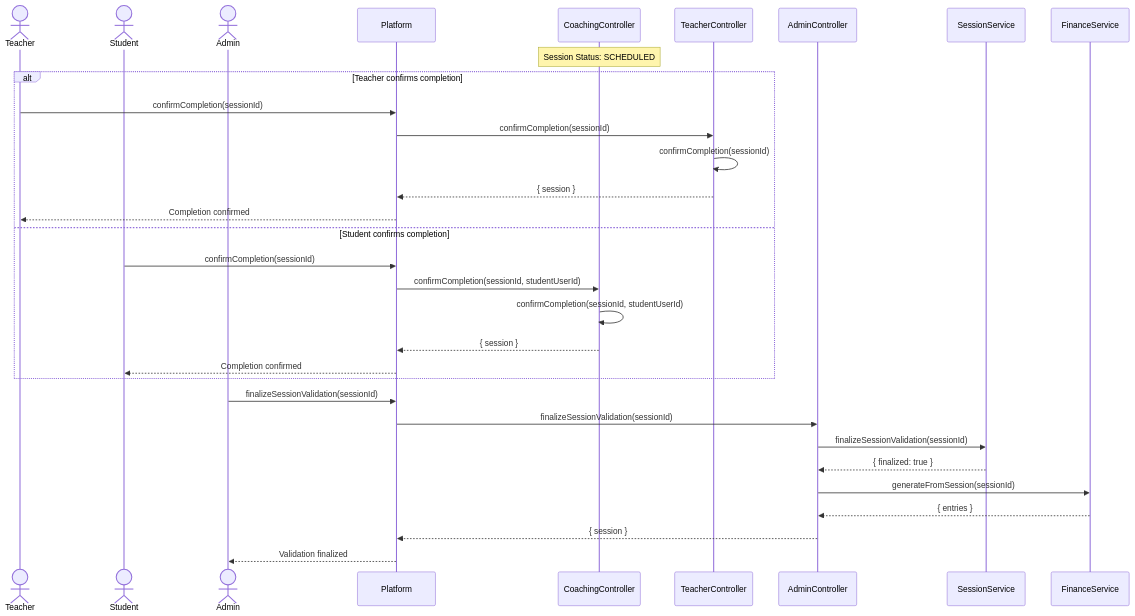
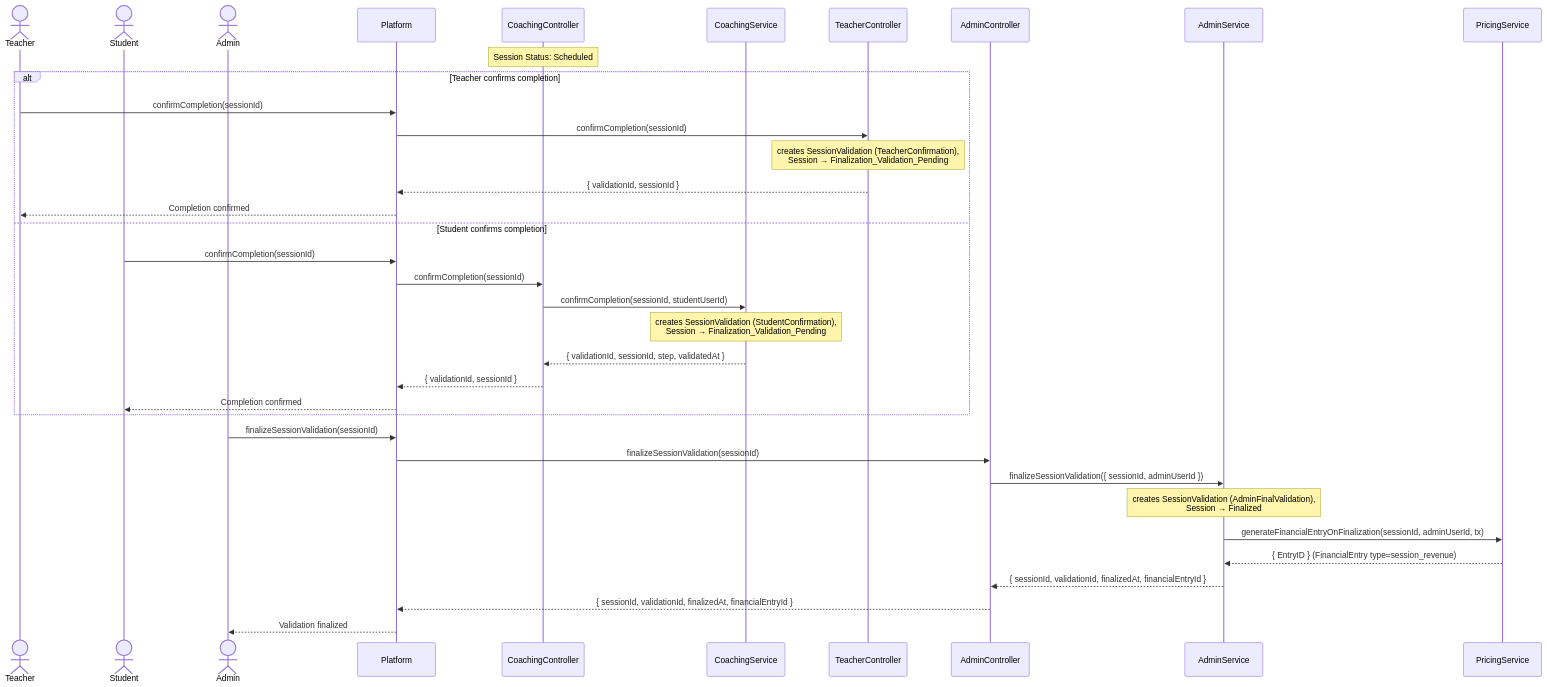
Before and after one commit to NovaLogic-Systems/gestArtes-docs: the third of 23 diagrams in diagrams/Sequence Diagram/sequencediagram.md, drawn with Mermaid. The commit also changed other lines of this file and 4 other files, not shown here.

````diff
--- a/diagrams/Sequence Diagram/sequencediagram.md
+++ b/diagrams/Sequence Diagram/sequencediagram.md
@@ -64,37 +64,41 @@
 ```mermaid
 sequenceDiagram
     actor Teacher
     actor Student
     actor Admin
     participant Platform as Platform
     participant CoachingController as CoachingController
+    participant CoachingService as CoachingService
     participant TeacherController as TeacherController
     participant AdminController as AdminController
-    participant SessionService as SessionService
-    participant FinanceService as FinanceService
+    participant AdminService as AdminService
+    participant PricingService as PricingService
 
-    Note over CoachingController: Session Status: SCHEDULED
+    Note over CoachingController: Session Status: Scheduled
 
     alt Teacher confirms completion
         Teacher->>Platform: confirmCompletion(sessionId)
         Platform->>TeacherController: confirmCompletion(sessionId)
-        TeacherController->>TeacherController: confirmCompletion(sessionId)
-        TeacherController-->>Platform: { session }
+        Note over TeacherController: creates SessionValidation (TeacherConfirmation),<br/>Session → Finalization_Validation_Pending
+        TeacherController-->>Platform: { validationId, sessionId }
         Platform-->>Teacher: Completion confirmed
     else Student confirms completion
         Student->>Platform: confirmCompletion(sessionId)
-        Platform->>CoachingController: confirmCompletion(sessionId, studentUserId)
-        CoachingController->>CoachingController: confirmCompletion(sessionId, studentUserId)
-        CoachingController-->>Platform: { session }
+        Platform->>CoachingController: confirmCompletion(sessionId)
+        CoachingController->>CoachingService: confirmCompletion(sessionId, studentUserId)
+        Note over CoachingService: creates SessionValidation (StudentConfirmation),<br/>Session → Finalization_Validation_Pending
+        CoachingService-->>CoachingController: { validationId, sessionId, step, validatedAt }
+        CoachingController-->>Platform: { validationId, sessionId }
         Platform-->>Student: Completion confirmed
     end
 
     Admin->>Platform: finalizeSessionValidation(sessionId)
     Platform->>AdminController: finalizeSessionValidation(sessionId)
-    AdminController->>SessionService: finalizeSessionValidation(sessionId)
-    SessionService-->>AdminController: { finalized: true }
-    AdminController->>FinanceService: generateFromSession(sessionId)
-    FinanceService-->>AdminController: { entries }
-    AdminController-->>Platform: { session }
+    AdminController->>AdminService: finalizeSessionValidation({ sessionId, adminUserId })
+    Note over AdminService: creates SessionValidation (AdminFinalValidation),<br/>Session → Finalized
+    AdminService->>PricingService: generateFinancialEntryOnFinalization(sessionId, adminUserId, tx)
+    PricingService-->>AdminService: { EntryID } (FinancialEntry type=session_revenue)
+    AdminService-->>AdminController: { sessionId, validationId, finalizedAt, financialEntryId }
+    AdminController-->>Platform: { sessionId, validationId, finalizedAt, financialEntryId }
     Platform-->>Admin: Validation finalized
 ```
````
